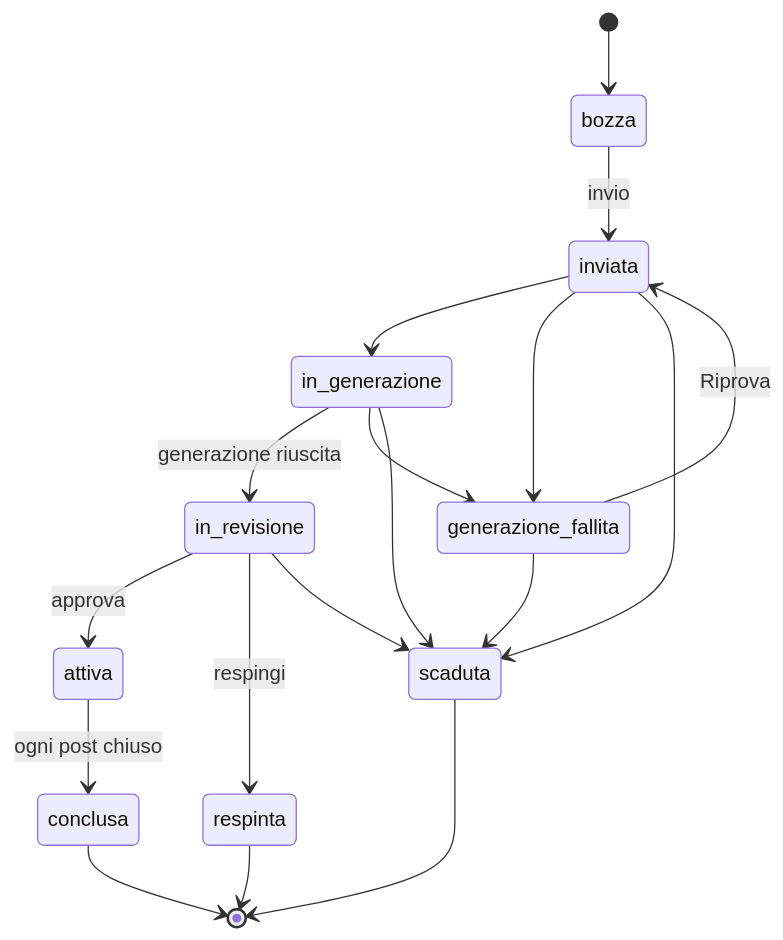
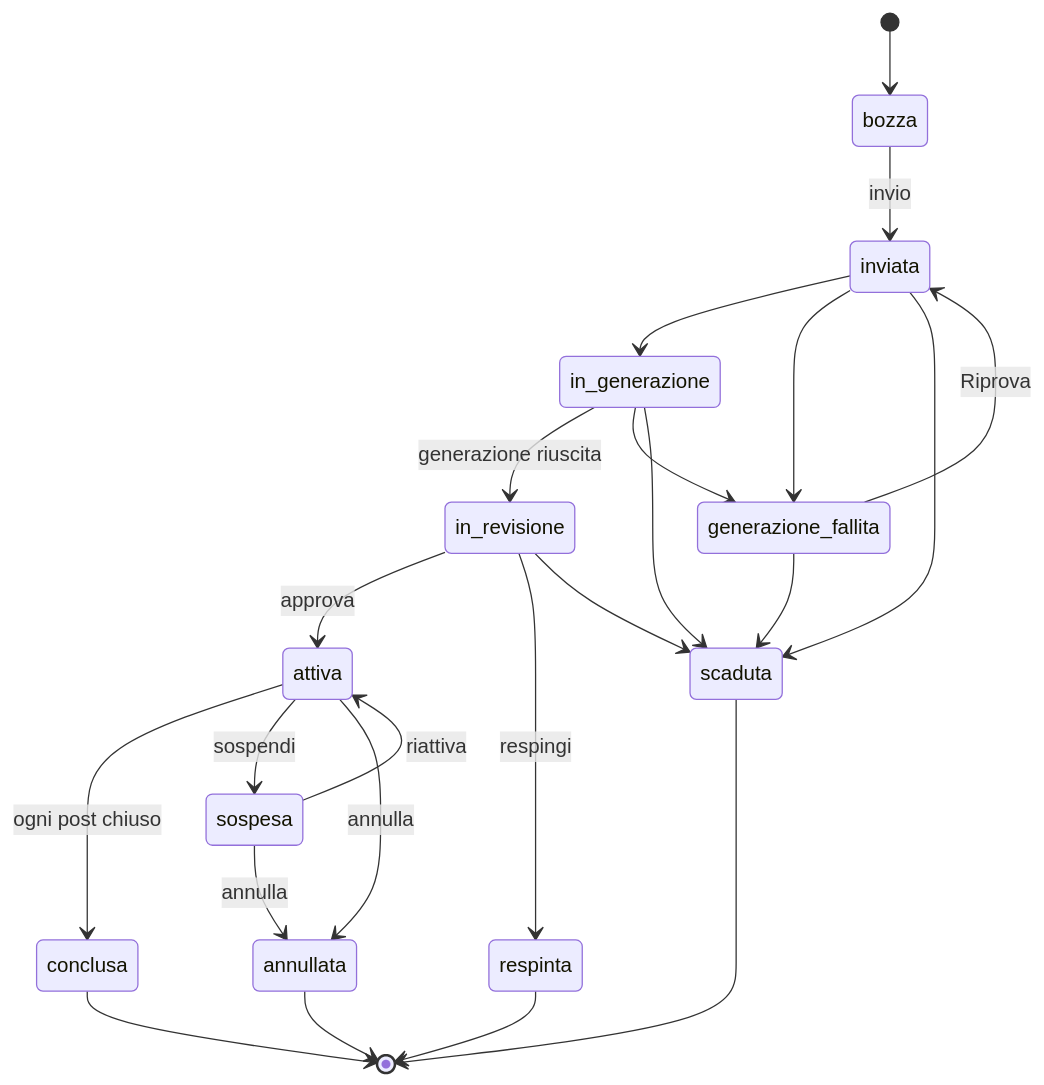
The third of 5 diagrams in docs/proposta-tecnica.md (Full-Stack-AI-ADFlow-Suite-Project/adflow-suite), drawn with Mermaid before and after one commit. The commit also changed other lines of this file and 19 other files, not shown here.

````diff
--- a/docs/proposta-tecnica.md
+++ b/docs/proposta-tecnica.md
@@ -171,20 +180,25 @@
 ```mermaid
 stateDiagram-v2
   [*] --> bozza
   bozza --> inviata: invio
   inviata --> in_generazione
   in_generazione --> in_revisione: generazione riuscita
   inviata --> generazione_fallita
   in_generazione --> generazione_fallita
   generazione_fallita --> inviata: Riprova
   in_revisione --> attiva: approva
   in_revisione --> respinta: respingi
   inviata --> scaduta
   in_generazione --> scaduta
   generazione_fallita --> scaduta
   in_revisione --> scaduta
   attiva --> conclusa: ogni post chiuso
+  attiva --> sospesa: sospendi
+  sospesa --> attiva: riattiva
+  attiva --> annullata: annulla
+  sospesa --> annullata: annulla
   respinta --> [*]
   scaduta --> [*]
   conclusa --> [*]
+  annullata --> [*]
 ```
````
